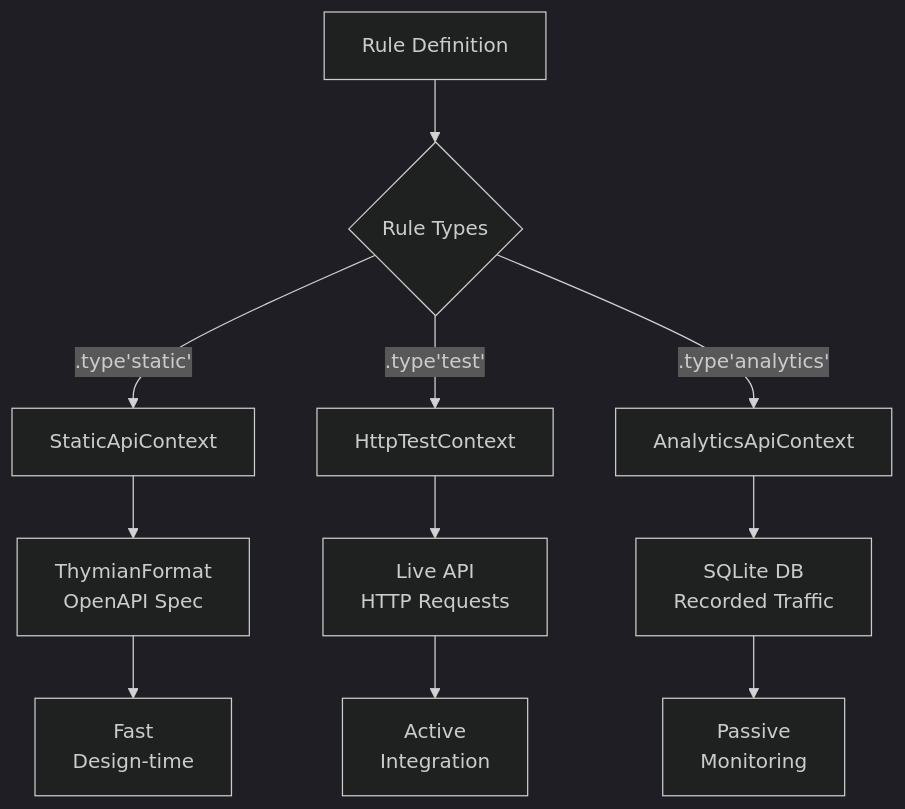
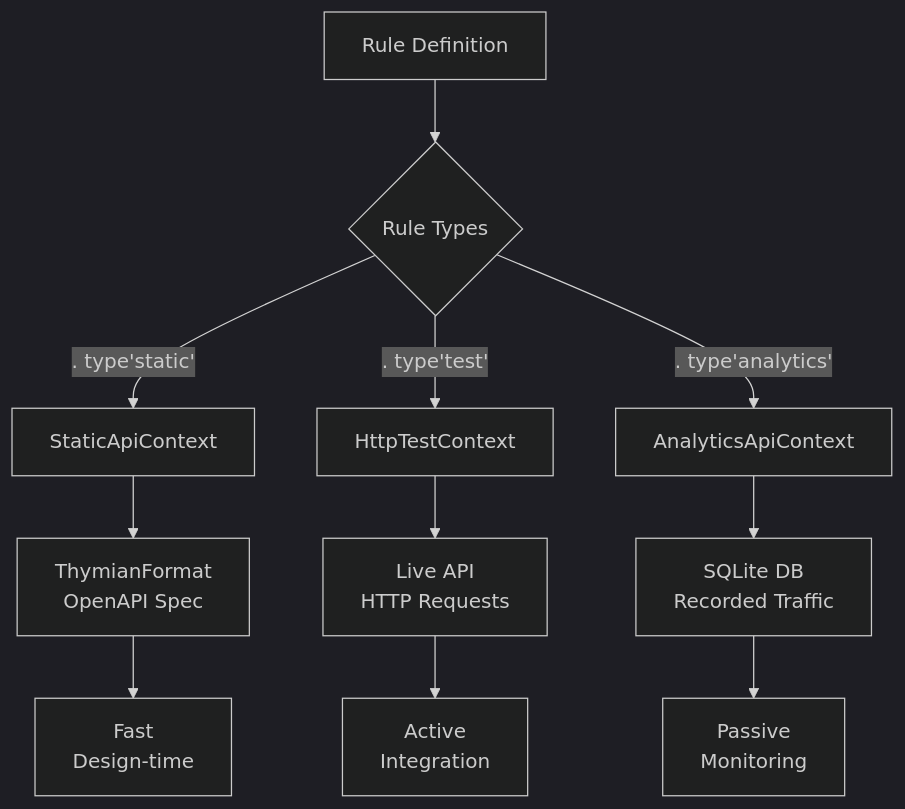
One commit to thymianofficial/thymian changed the first of 2 diagrams in packages/http-linter/docs/rule-types.md. Above: the diagram before and after it, drawn with Mermaid (dark theme). The commit also changed other lines of this file and 5 other files, not shown here.

````diff
--- a/packages/http-linter/docs/rule-types.md
+++ b/packages/http-linter/docs/rule-types.md
@@ -10,16 +10,13 @@
 ```mermaid
 flowchart TD
-    A[Rule Definition] --> B{Rule Types}
-
-    B -->|.type'static'| C[StaticApiContext]
-    B -->|.type'test'| D[HttpTestContext]
-    B -->|.type'analytics'| E[AnalyticsApiContext]
-
-    C --> F[ThymianFormat<br/>OpenAPI Spec]
-    D --> G[Live API<br/>HTTP Requests]
-    E --> H[SQLite DB<br/>Recorded Traffic]
-
-    F --> I[Fast<br/>Design-time]
-    G --> J[Active<br/>Integration]
-    H --> K[Passive<br/>Monitoring]
+  A[Rule Definition] --> B{Rule Types}
+  B -->|. type'static'| C[StaticApiContext]
+  B -->|. type'test'| D[HttpTestContext]
+  B -->|. type'analytics'| E[AnalyticsApiContext]
+  C --> F[ThymianFormat<br/>OpenAPI Spec]
+  D --> G[Live API<br/>HTTP Requests]
+  E --> H[SQLite DB<br/>Recorded Traffic]
+  F --> I[Fast<br/>Design-time]
+  G --> J[Active<br/>Integration]
+  H --> K[Passive<br/>Monitoring]
 ```
````
